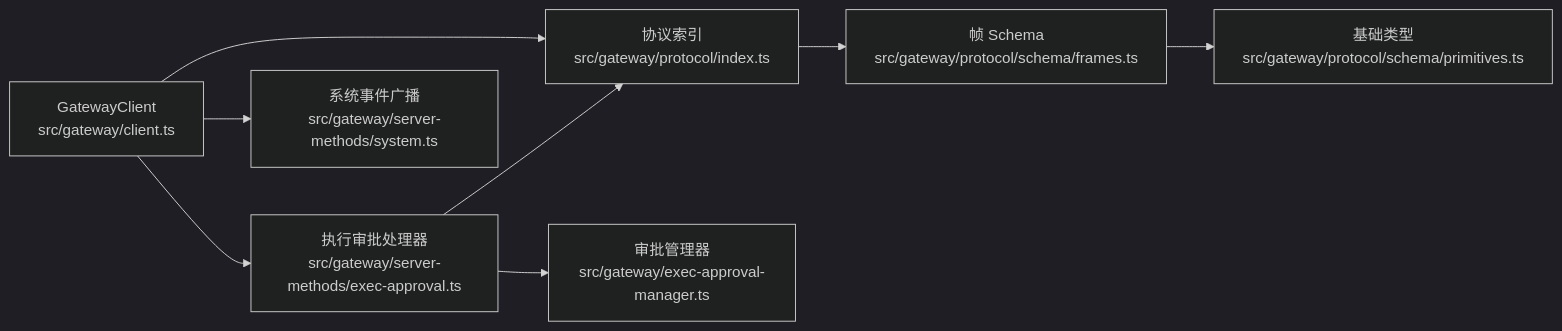
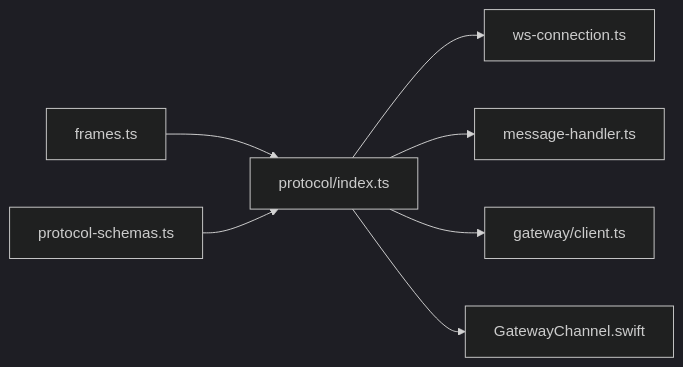
One commit to HACK-WU/openclaw changed the sixth of 6 diagrams in .qoder/repowiki/zh/content/API参考/WebSocket API.md. Above: the diagram before and after it, drawn with Mermaid (dark theme). The commit also changed other lines of this file and 549 other files, not shown here.

````diff
--- a/.qoder/repowiki/zh/content/API参考/WebSocket API.md
+++ b/.qoder/repowiki/zh/content/API参考/WebSocket API.md
@@ -370,10 +371,9 @@
 ```mermaid
 graph LR
-Client["GatewayClient<br/>src/gateway/client.ts"] --> ProtoIdx["协议索引<br/>src/gateway/protocol/index.ts"]
-ProtoIdx --> Frames["帧 Schema<br/>src/gateway/protocol/schema/frames.ts"]
-Frames --> Primitives["基础类型<br/>src/gateway/protocol/schema/primitives.ts"]
-Handlers["执行审批处理器<br/>src/gateway/server-methods/exec-approval.ts"] --> ProtoIdx
-Handlers --> Manager["审批管理器<br/>src/gateway/exec-approval-manager.ts"]
-Client --> Handlers
-Client --> Sys["系统事件广播<br/>src/gateway/server-methods/system.ts"]
+Frames["frames.ts"] --> Index["protocol/index.ts"]
+Schemas["protocol-schemas.ts"] --> Index
+Index --> Conn["ws-connection.ts"]
+Index --> Msg["message-handler.ts"]
+Index --> Client["gateway/client.ts"]
+Index --> Swift["GatewayChannel.swift"]
 ```
````
